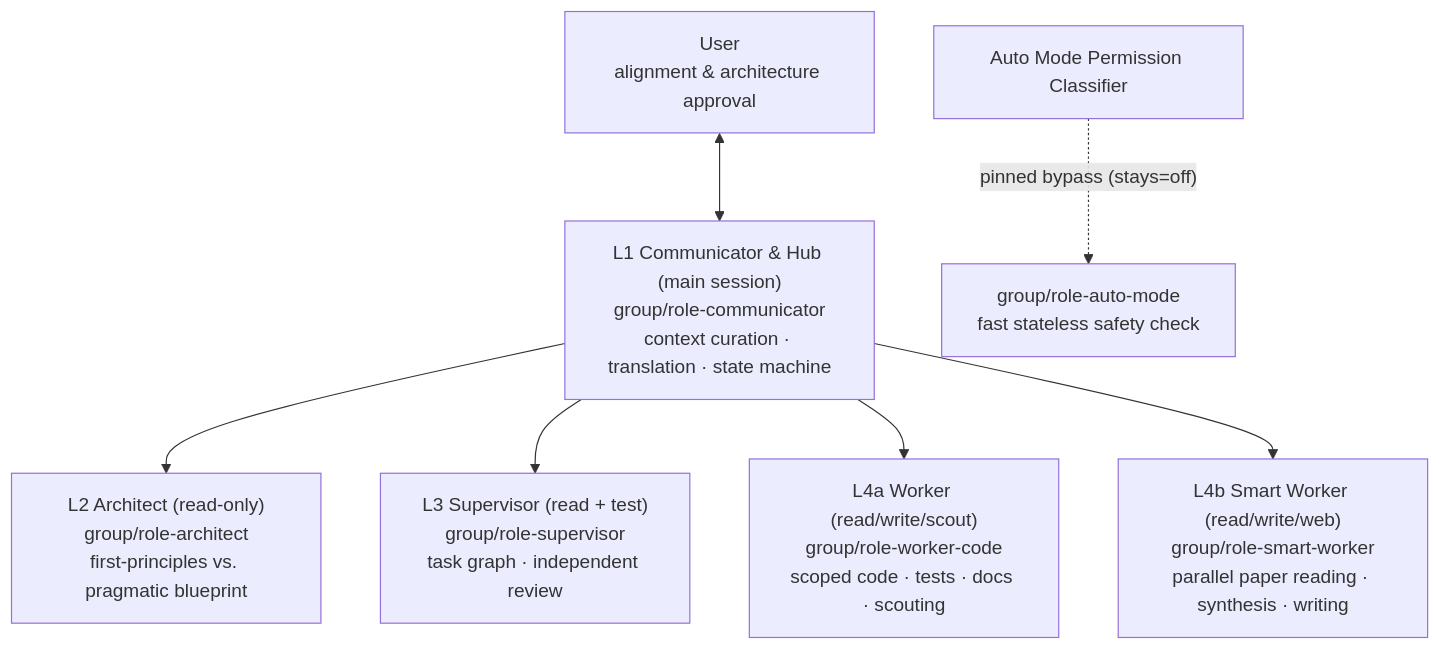
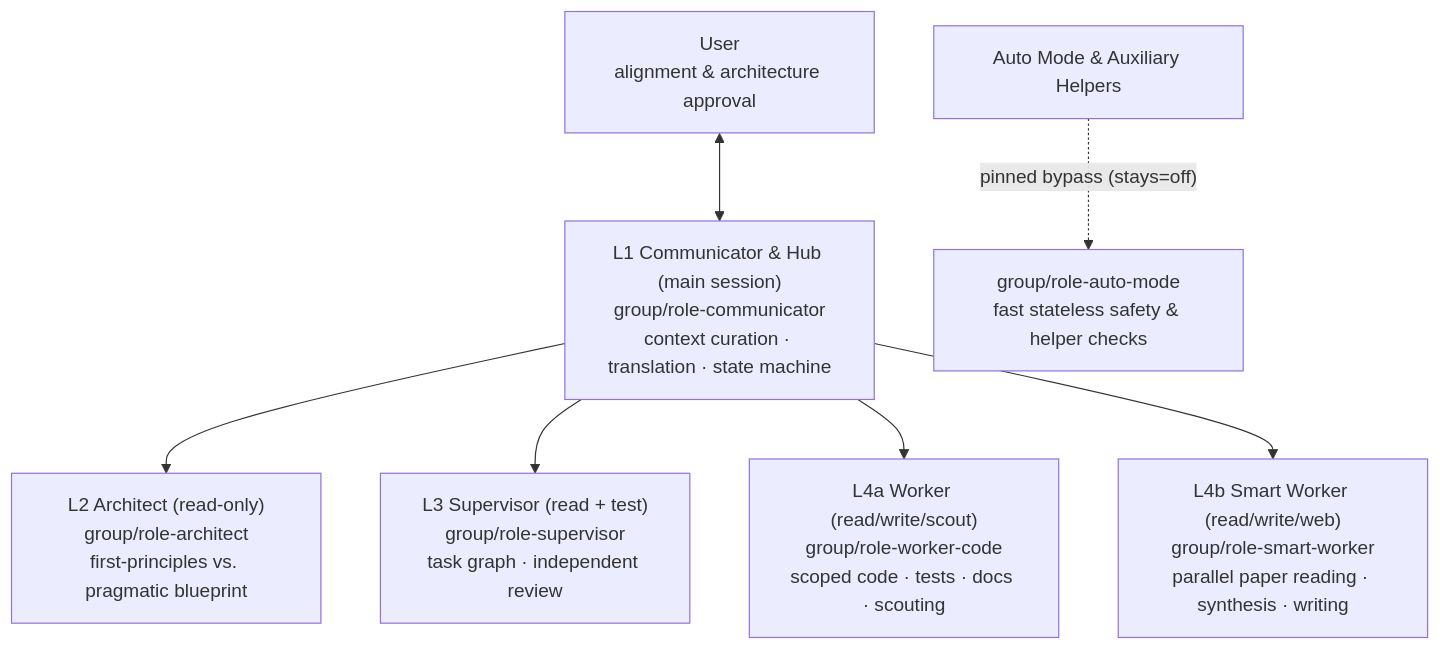
The diagram in README.md (zhubaodian1027/commlaude), drawn with Mermaid before and after one commit. The commit also changed other lines of this file and 22 other files, not shown here.

````diff
--- a/README.md
+++ b/README.md
@@ -22,11 +22,11 @@
 ```mermaid
 flowchart TB
     U["User<br/>alignment & architecture approval"] <--> L1["L1 Communicator & Hub (main session)<br/>group/role-communicator<br/>context curation · translation · state machine"]
 
     L1 --> L2["L2 Architect (read-only)<br/>group/role-architect<br/>first-principles vs. pragmatic blueprint"]
     L1 --> L3["L3 Supervisor (read + test)<br/>group/role-supervisor<br/>task graph · independent review"]
     L1 --> L4a["L4a Worker (read/write/scout)<br/>group/role-worker-code<br/>scoped code · tests · docs · scouting"]
     L1 --> L4b["L4b Smart Worker (read/write/web)<br/>group/role-smart-worker<br/>parallel paper reading · synthesis · writing"]
 
-    AM["Auto Mode Permission Classifier"] -. "pinned bypass (stays=off)" .-> L5["group/role-auto-mode<br/>fast stateless safety check"]
+    AM["Auto Mode & Auxiliary Helpers"] -. "pinned bypass (stays=off)" .-> L5["group/role-auto-mode<br/>fast stateless safety & helper checks"]
 ```
````
